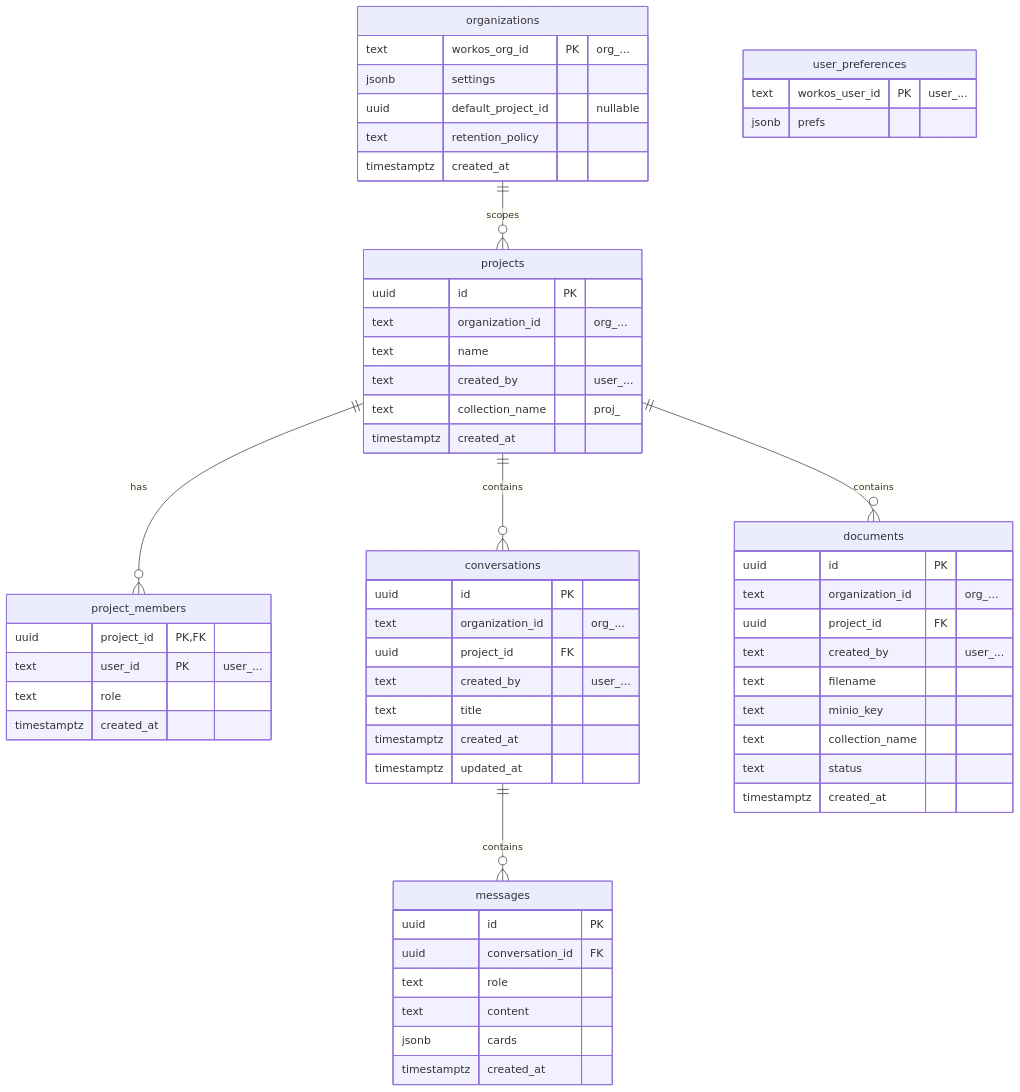
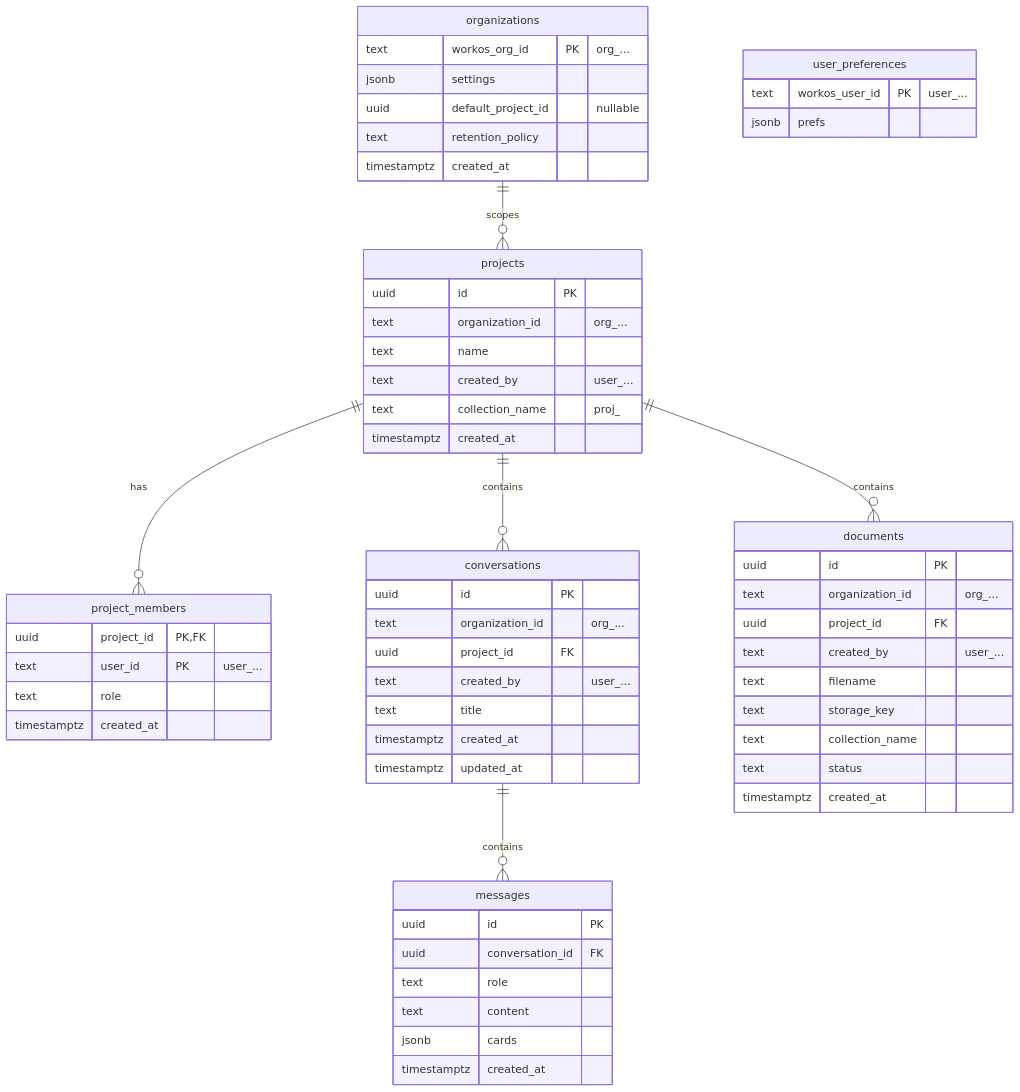
Before and after one commit to GRID-check/grid-oib-agent: the tenth of 15 diagrams in docs/architecture/multitenancy-and-auth-spec.md, drawn with Mermaid. The commit also changed other lines of this file and 60 other files, not shown here.

````diff
--- a/docs/architecture/multitenancy-and-auth-spec.md
+++ b/docs/architecture/multitenancy-and-auth-spec.md
@@ -480,62 +480,62 @@
 ```mermaid
 erDiagram
     organizations ||--o{ projects : "scopes"
     projects ||--o{ project_members : "has"
     projects ||--o{ conversations : "contains"
     projects ||--o{ documents : "contains"
     conversations ||--o{ messages : "contains"
 
     organizations {
         text workos_org_id PK "org_..."
         jsonb settings
         uuid default_project_id "nullable"
         text retention_policy
         timestamptz created_at
     }
     projects {
         uuid id PK
         text organization_id "org_..."
         text name
         text created_by "user_..."
         text collection_name "proj_<id>"
         timestamptz created_at
     }
     project_members {
         uuid project_id PK,FK
         text user_id PK "user_..."
         text role
         timestamptz created_at
     }
     conversations {
         uuid id PK
         text organization_id "org_..."
         uuid project_id FK
         text created_by "user_..."
         text title
         timestamptz created_at
         timestamptz updated_at
     }
     messages {
         uuid id PK
         uuid conversation_id FK
         text role
         text content
         jsonb cards
         timestamptz created_at
     }
     documents {
         uuid id PK
         text organization_id "org_..."
         uuid project_id FK
         text created_by "user_..."
         text filename
-        text minio_key
+        text storage_key
         text collection_name
         text status
         timestamptz created_at
     }
     user_preferences {
         text workos_user_id PK "user_..."
         jsonb prefs
     }
 ```
````
